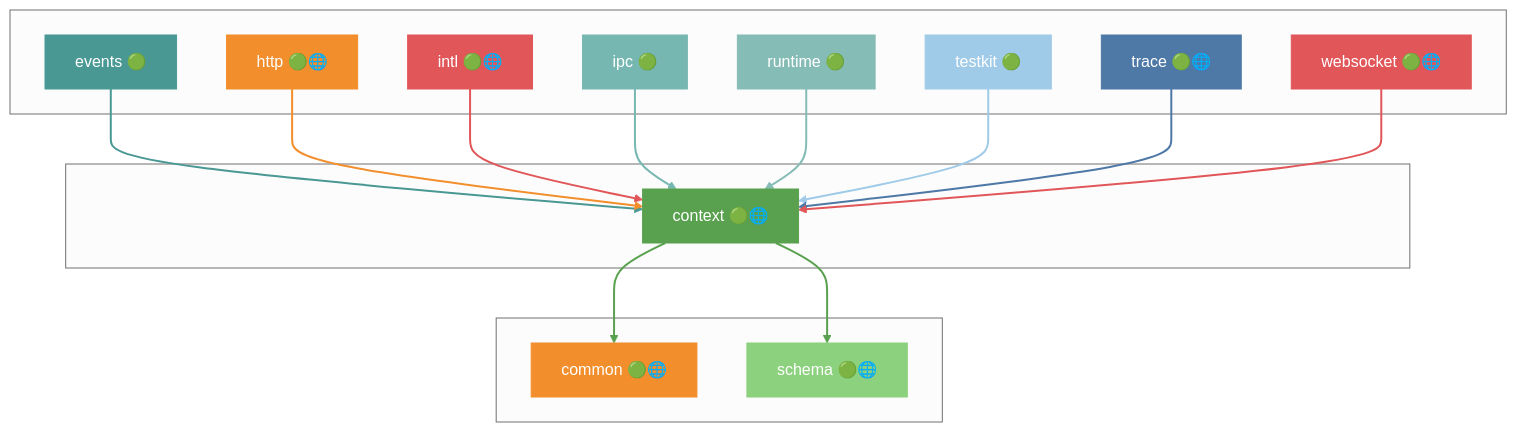
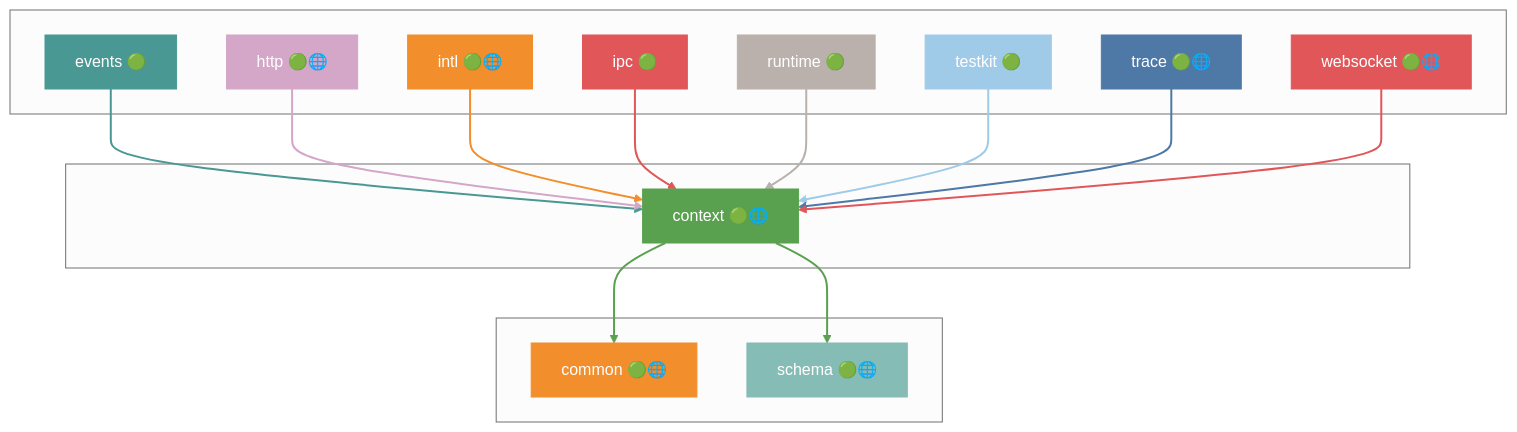
One commit to grest-ts/grest-ts changed the sixth of 40 diagrams in docs/DEPENDENCIES.md. Above: the diagram before and after it, drawn with Mermaid (neutral theme). The commit also changed other lines of this file and 34 other files, not shown here.

````diff
--- a/docs/DEPENDENCIES.md
+++ b/docs/DEPENDENCIES.md
@@ -517,51 +515,51 @@
 ```mermaid
 flowchart TB
     subgraph Dependents[" "]
         events["events 🟢"]
         http["http 🟢🌐"]
         intl["intl 🟢🌐"]
         ipc["ipc 🟢"]
         runtime["runtime 🟢"]
         testkit["testkit 🟢"]
         trace["trace 🟢🌐"]
         websocket["websocket 🟢🌐"]
     end
     subgraph Package[" "]
         context["context 🟢🌐"]
     end
     subgraph Dependencies[" "]
         common["common 🟢🌐"]
         schema["schema 🟢🌐"]
     end
     events --> context
     http --> context
     intl --> context
     ipc --> context
     runtime --> context
     testkit --> context
     trace --> context
     websocket --> context
     context --> common
     context --> schema
     style context fill:#59A14F,stroke:#59A14F,color:#fff
     style events fill:#499894,stroke:#499894,color:#fff
-    style http fill:#F28E2B,stroke:#F28E2B,color:#fff
-    style intl fill:#E15759,stroke:#E15759,color:#fff
-    style ipc fill:#76B7B2,stroke:#76B7B2,color:#fff
-    style runtime fill:#86BCB6,stroke:#86BCB6,color:#fff
+    style http fill:#D4A6C8,stroke:#D4A6C8,color:#fff
+    style intl fill:#F28E2B,stroke:#F28E2B,color:#fff
+    style ipc fill:#E15759,stroke:#E15759,color:#fff
+    style runtime fill:#BAB0AC,stroke:#BAB0AC,color:#fff
     style testkit fill:#A0CBE8,stroke:#A0CBE8,color:#fff
     style trace fill:#4E79A7,stroke:#4E79A7,color:#fff
     style websocket fill:#E15759,stroke:#E15759,color:#fff
     style common fill:#F28E2B,stroke:#F28E2B,color:#fff
-    style schema fill:#8CD17D,stroke:#8CD17D,color:#fff
+    style schema fill:#86BCB6,stroke:#86BCB6,color:#fff
     linkStyle 0 stroke:#499894,stroke-width:2px
-    linkStyle 1 stroke:#F28E2B,stroke-width:2px
-    linkStyle 2 stroke:#E15759,stroke-width:2px
-    linkStyle 3 stroke:#76B7B2,stroke-width:2px
-    linkStyle 4 stroke:#86BCB6,stroke-width:2px
+    linkStyle 1 stroke:#D4A6C8,stroke-width:2px
+    linkStyle 2 stroke:#F28E2B,stroke-width:2px
+    linkStyle 3 stroke:#E15759,stroke-width:2px
+    linkStyle 4 stroke:#BAB0AC,stroke-width:2px
     linkStyle 5 stroke:#A0CBE8,stroke-width:2px
     linkStyle 6 stroke:#4E79A7,stroke-width:2px
     linkStyle 7 stroke:#E15759,stroke-width:2px
     linkStyle 8 stroke:#59A14F,stroke-width:2px
     linkStyle 9 stroke:#59A14F,stroke-width:2px
 ```
````
